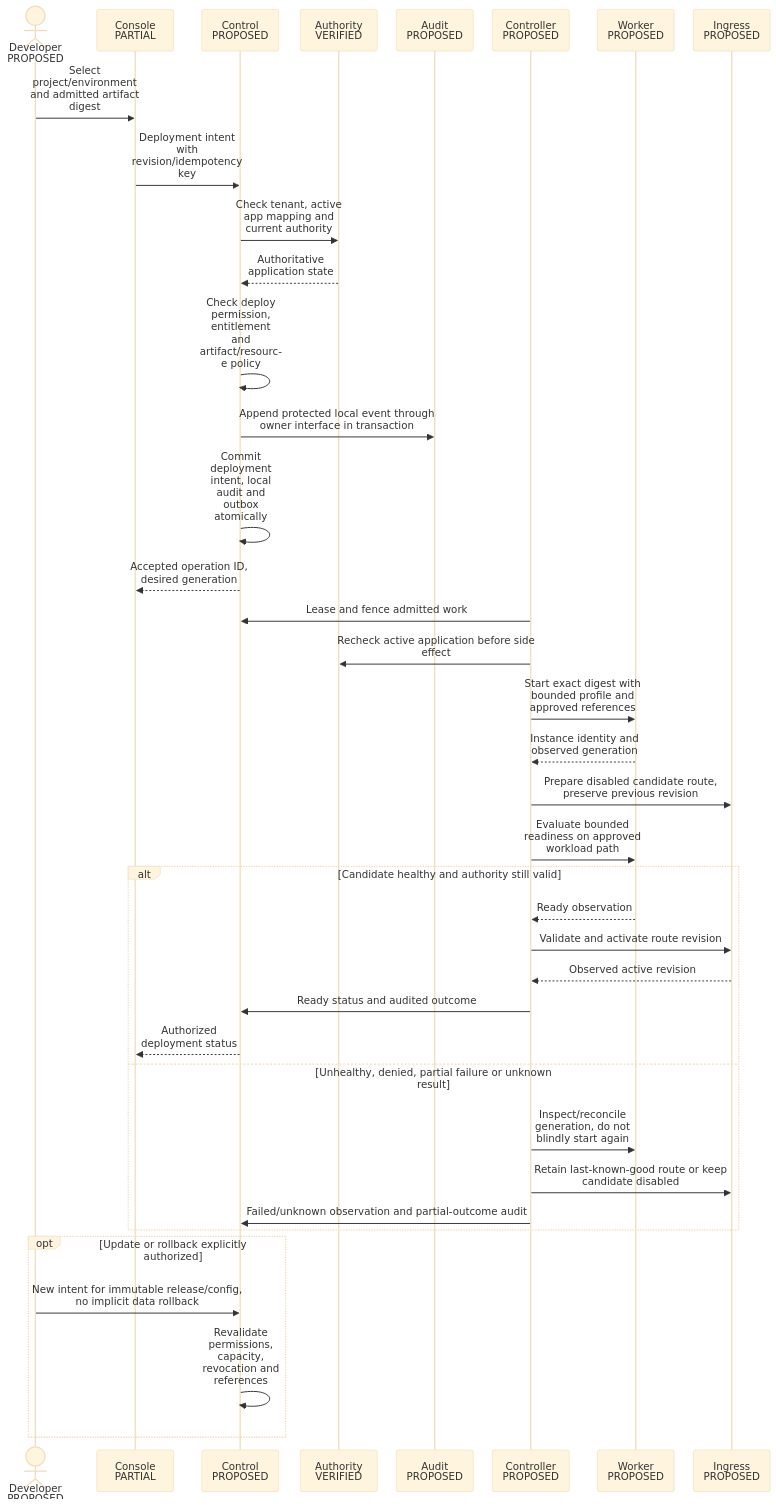
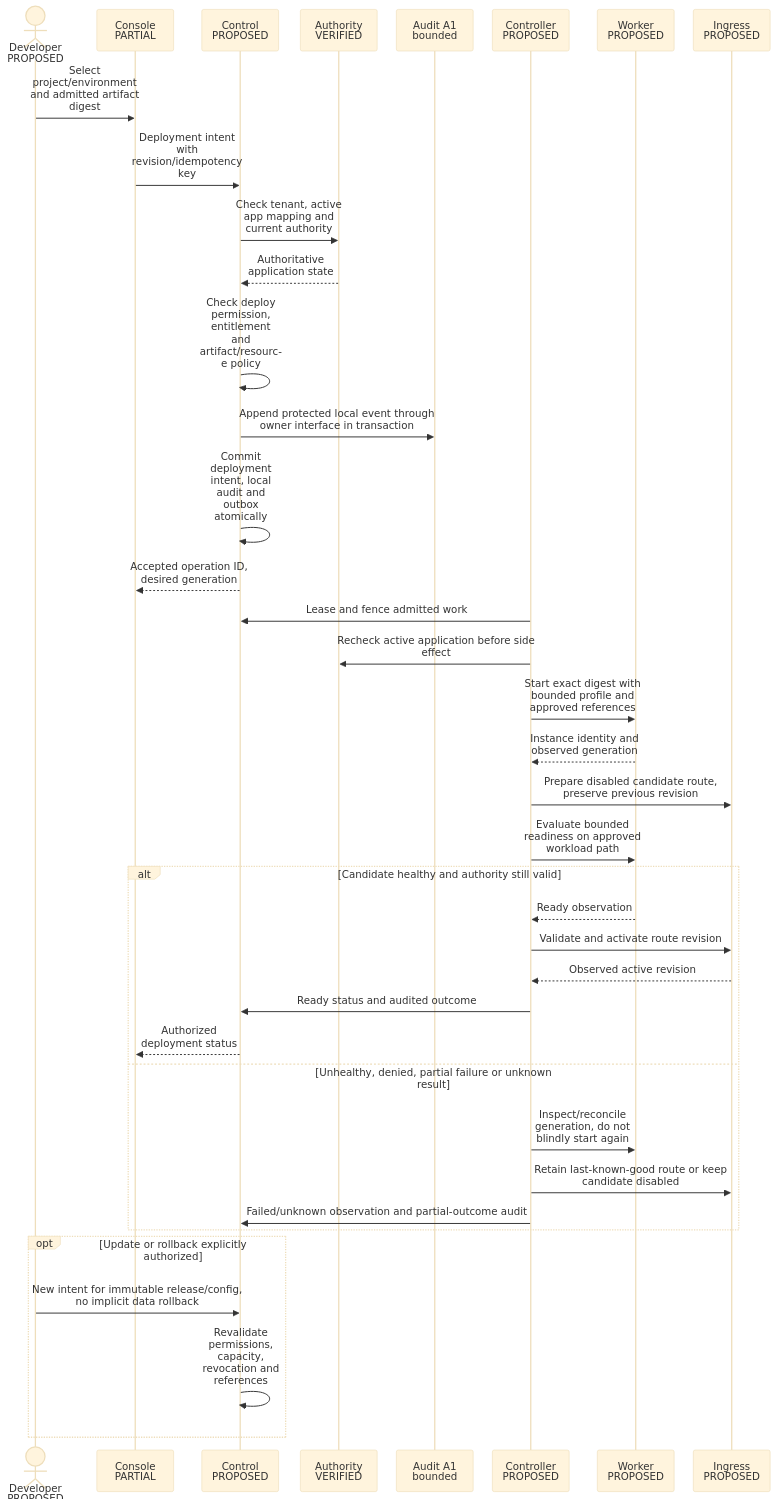
The sixth of 8 diagrams in docs/architecture/ARCHITECTURE_MAPS.md (NHMNDaizoken/Rosetta), drawn with Mermaid (base theme) before and after one commit. The commit also changed other lines of this file and 22 other files, not shown here.

Commit message:
feat(audit): implement bounded protected audit boundary

````diff
--- a/docs/architecture/ARCHITECTURE_MAPS.md
+++ b/docs/architecture/ARCHITECTURE_MAPS.md
@@ -218,41 +218,41 @@
 ```mermaid
 %%{init: {"sequence": {"wrap": true, "actorMargin": 30, "width": 120}}}%%
 sequenceDiagram
   actor D as Developer PROPOSED
   participant UI as Console PARTIAL
   participant CP as Control PROPOSED
   participant AA as Authority VERIFIED
-  participant AU as Audit PROPOSED
+  participant AU as Audit A1 bounded
   participant C as Controller PROPOSED
   participant W as Worker PROPOSED
   participant I as Ingress PROPOSED
   D->>UI: Select project/environment and admitted artifact digest
   UI->>CP: Deployment intent with revision/idempotency key
   CP->>AA: Check tenant, active app mapping and current authority
   AA-->>CP: Authoritative application state
   CP->>CP: Check deploy permission, entitlement and artifact/resource policy
   CP->>AU: Append protected local event through owner interface in transaction
   CP->>CP: Commit deployment intent, local audit and outbox atomically
   CP-->>UI: Accepted operation ID, desired generation
   C->>CP: Lease and fence admitted work
   C->>AA: Recheck active application before side effect
   C->>W: Start exact digest with bounded profile and approved references
   W-->>C: Instance identity and observed generation
   C->>I: Prepare disabled candidate route, preserve previous revision
   C->>W: Evaluate bounded readiness on approved workload path
   alt Candidate healthy and authority still valid
     W-->>C: Ready observation
     C->>I: Validate and activate route revision
     I-->>C: Observed active revision
     C->>CP: Ready status and audited outcome
     CP-->>UI: Authorized deployment status
   else Unhealthy, denied, partial failure or unknown result
     C->>W: Inspect/reconcile generation, do not blindly start again
     C->>I: Retain last-known-good route or keep candidate disabled
     C->>CP: Failed/unknown observation and partial-outcome audit
   end
   opt Update or rollback explicitly authorized
     D->>CP: New intent for immutable release/config, no implicit data rollback
     CP->>CP: Revalidate permissions, capacity, revocation and references
   end
 ```
````
